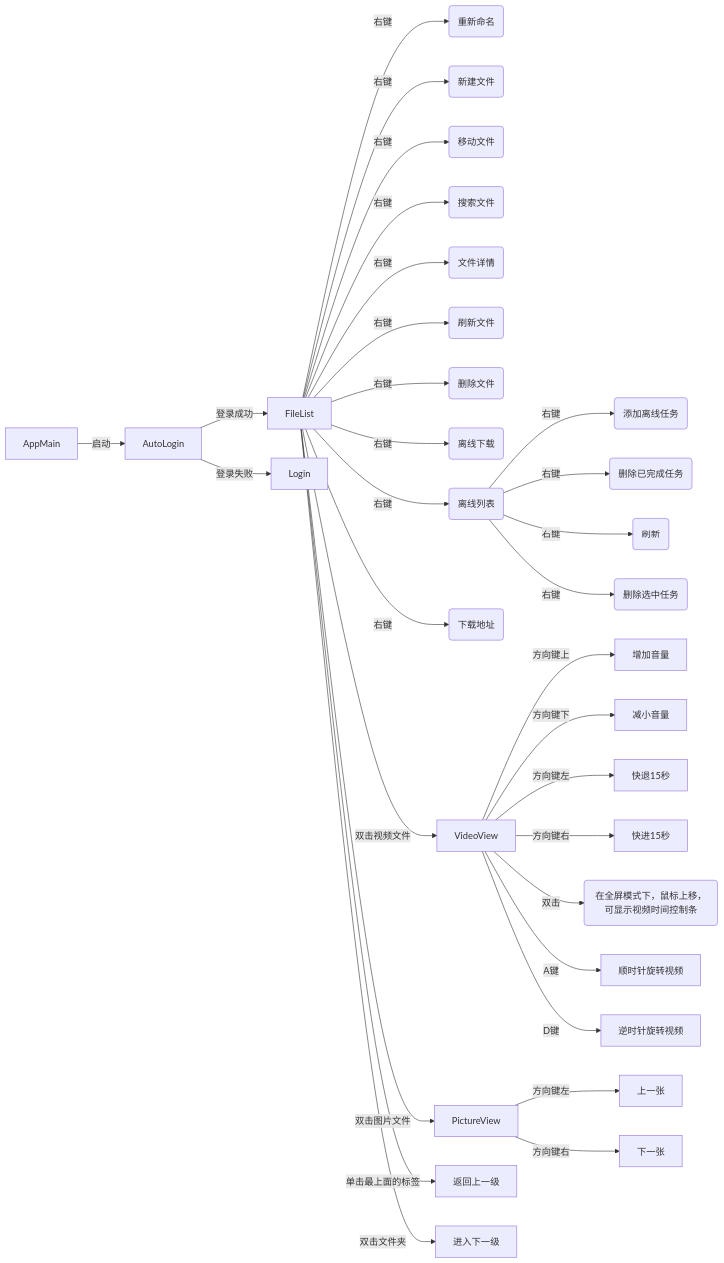
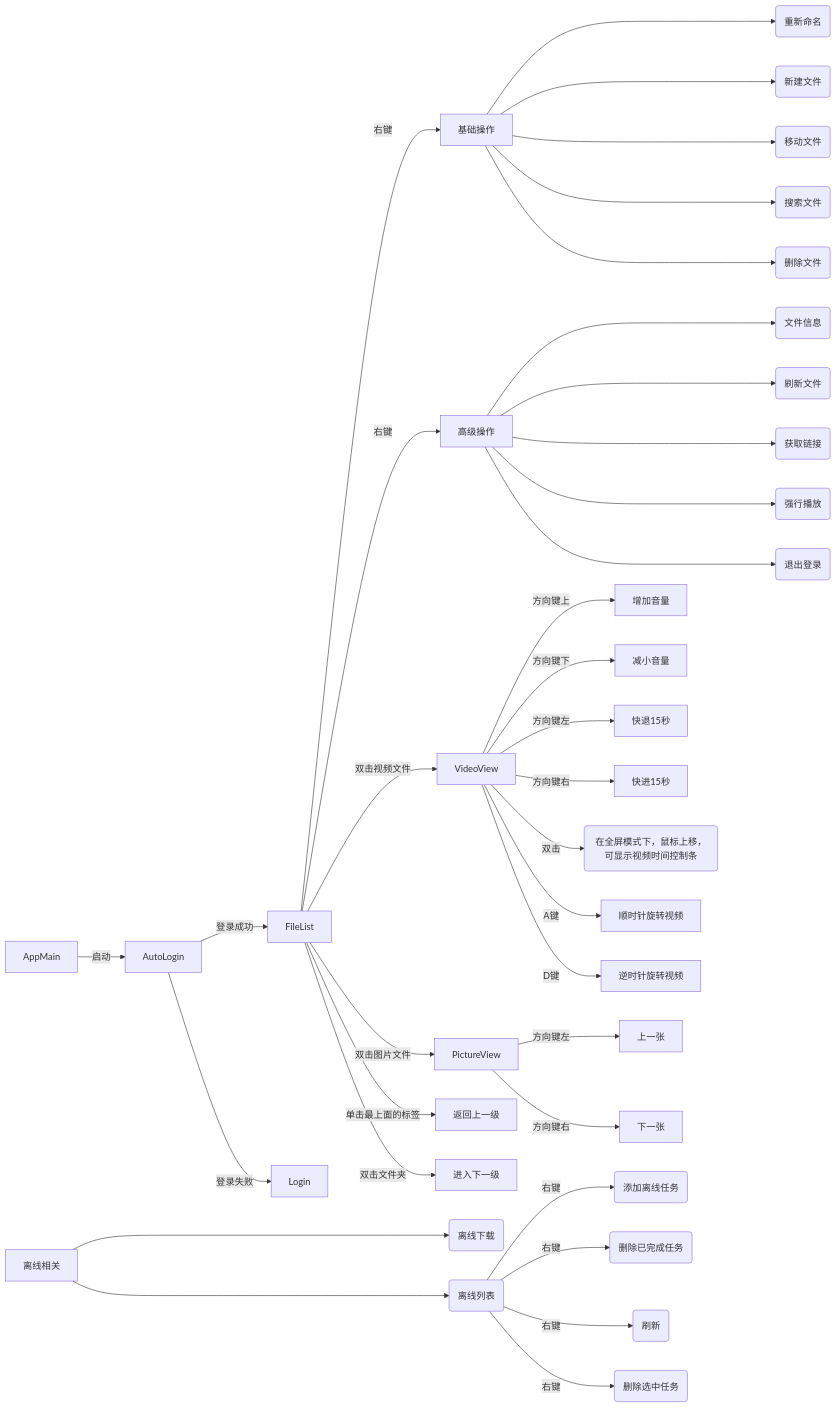
Before and after one commit to zerorooot/SixPan: the diagram in README.md, drawn with Mermaid. The commit also changed 2 other files, not shown here.

Commit message:
新增退出登录的功能

````diff
--- a/README.md
+++ b/README.md
@@ -30,32 +30,36 @@
 ```mermaid
 graph LR;
 AppMain--启动-->AutoLogin--登录成功-->FileList
 AutoLogin--登录失败-->Login
-FileList--右键-->editItem(重新命名)
-FileList--右键-->createFolderItem(新建文件)
-FileList--右键-->moveFileItem(移动文件)
-FileList--右键-->searchFileItem(搜索文件)
-FileList--右键-->fileInfoItem(文件详情)
-FileList--右键-->flushItem(刷新文件)
-FileList--右键-->deleteItem(删除文件)
-FileList--右键-->addOffLineItem(离线下载)
-FileList--右键-->offLineViewltem(离线列表)
-FileList--右键-->downloadItem(下载地址)
+FileList--右键-->基础操作
+基础操作---->editItem(重新命名)
+基础操作---->createFolderItem(新建文件)
+基础操作---->moveFileItem(移动文件)
+基础操作---->searchFileItem(搜索文件)
+基础操作---->deleteItem(删除文件)
+FileList--右键-->高级操作
+高级操作---->fileInfoItem(文件信息)
+高级操作---->flushItem(刷新文件)
+高级操作---->downloadItem(获取链接)
+高级操作---->forcePlay(强行播放)
+高级操作---->exitLogin(退出登录)
+离线相关---->addOffLineItem(离线下载)
+离线相关---->offLineViewltem(离线列表)
 offLineViewltem--右键-->offLineAdd(添加离线任务)
 offLineViewltem--右键-->deleteComplete(删除已完成任务)
 offLineViewltem--右键-->flush(刷新)
 offLineViewltem--右键-->deleteCurrent(删除选中任务)
 FileList--双击视频文件-->VideoView
 VideoView--方向键上-->增加音量
 VideoView--方向键下-->减小音量
 VideoView--方向键左-->快退15秒
 VideoView--方向键右-->快进15秒
 VideoView--双击-->全屏模式(在全屏模式下，鼠标上移，可显示视频时间控制条)
 VideoView--A键-->顺时针旋转视频
 VideoView--D键-->逆时针旋转视频
 FileList--双击图片文件-->PictureView
 PictureView--方向键左-->上一张
 PictureView--方向键右-->下一张
 FileList--单击最上面的标签-->返回上一级
 FileList--双击文件夹-->进入下一级
 ```
````
